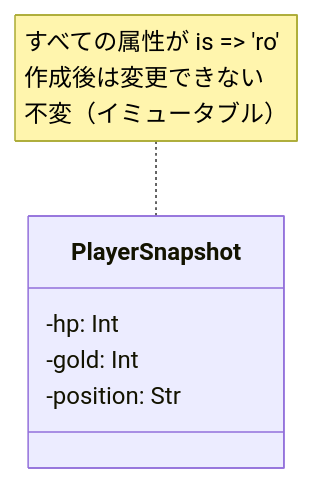
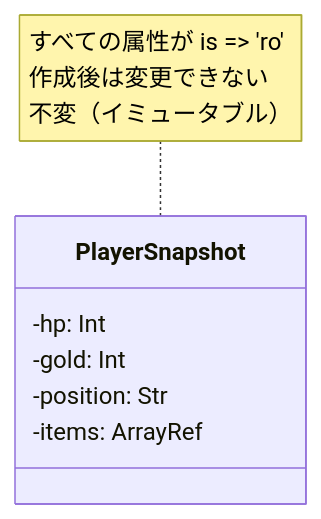
One commit to nqou-net/www.nqou.net changed the second of 4 diagrams in content/post/2026/01/13/232112.md. Above: the diagram before and after it, drawn with Mermaid. The commit also changed other lines of this file and 2 other files, not shown here.

````diff
--- a/content/post/2026/01/13/232112.md
+++ b/content/post/2026/01/13/232112.md
@@ -79,11 +81,12 @@
 ```mermaid
 classDiagram
     class PlayerSnapshot {
         -hp: Int
         -gold: Int
         -position: Str
+        -items: ArrayRef
     }
     note for PlayerSnapshot "すべての属性が is => 'ro'
     作成後は変更できない
     不変（イミュータブル）"
 ```
````
